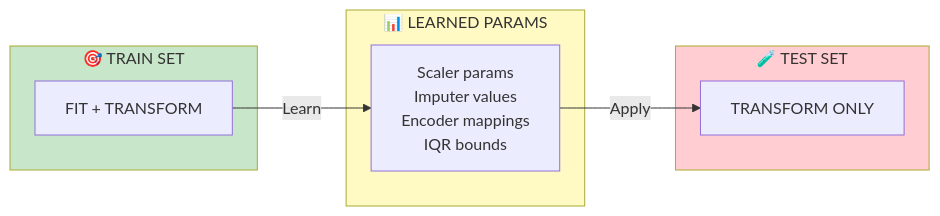
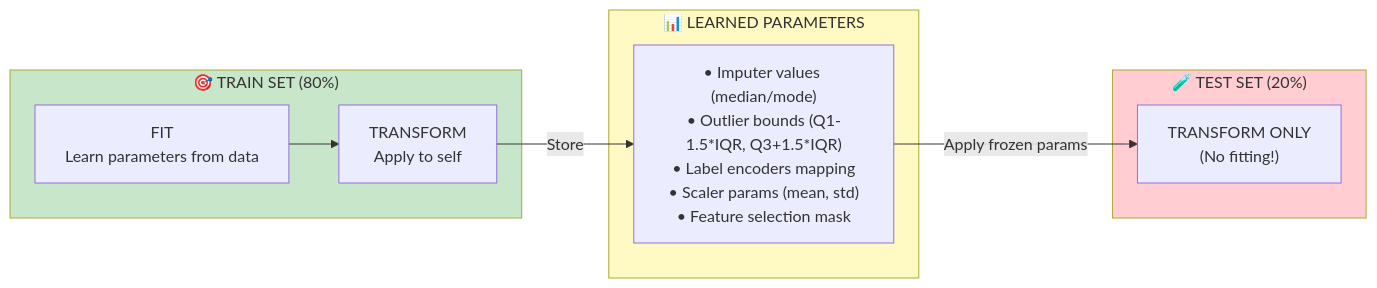
One commit to civi0411/Churn_Analys_and_Prediction changed the second of 3 diagrams in README.md. Above: the diagram before and after it, drawn with Mermaid. The commit also changed other lines of this file and 5 other files, not shown here.

````diff
--- a/README.md
+++ b/README.md
@@ -94,21 +134,23 @@
 ```mermaid
 flowchart LR
-    subgraph TRAIN["🎯 TRAIN SET"]
-        A["FIT + TRANSFORM"]
+    subgraph TRAIN["🎯 TRAIN SET (80%)"]
+        A["FIT<br/>Learn parameters from data"]
+        B["TRANSFORM<br/>Apply to self"]
+        A --> B
     end
 
-    subgraph PARAMS["📊 LEARNED PARAMS"]
-        B["Scaler params<br/>Imputer values<br/>Encoder mappings<br/>IQR bounds"]
+    subgraph PARAMS["📊 LEARNED PARAMETERS"]
+        C["• Imputer values (median/mode)<br/>• Outlier bounds (Q1-1.5*IQR, Q3+1.5*IQR)<br/>• Label encoders mapping<br/>• Scaler params (mean, std)<br/>• Feature selection mask"]
     end
     
-    subgraph TEST["🧪 TEST SET"]
-        C["TRANSFORM ONLY"]
+    subgraph TEST["🧪 TEST SET (20%)"]
+        D["TRANSFORM ONLY<br/>(No fitting!)"]
     end
     
-    A -->|"Learn"| B
-    B -->|"Apply"| C
+    B -->|"Store"| C
+    C -->|"Apply frozen params"| D
 
     style TRAIN fill:#c8e6c9
     style PARAMS fill:#fff9c4
     style TEST fill:#ffcdd2
 ```
````
